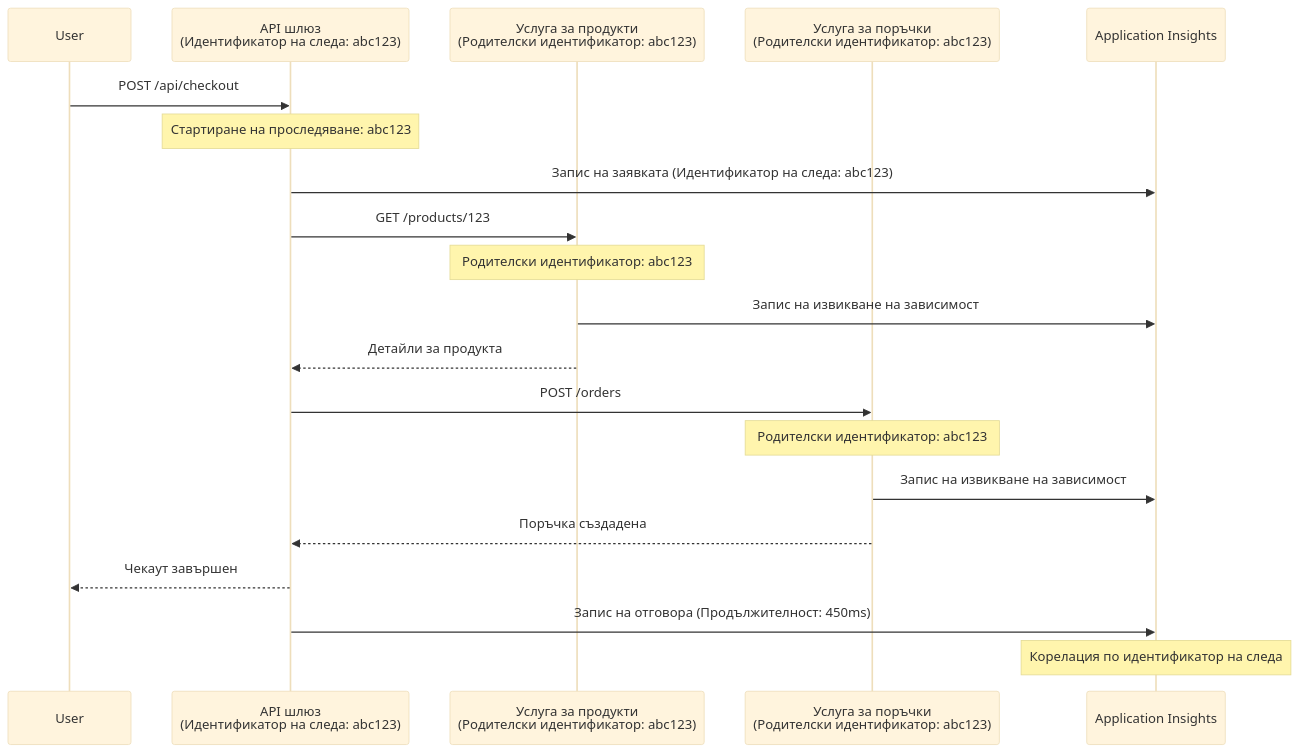
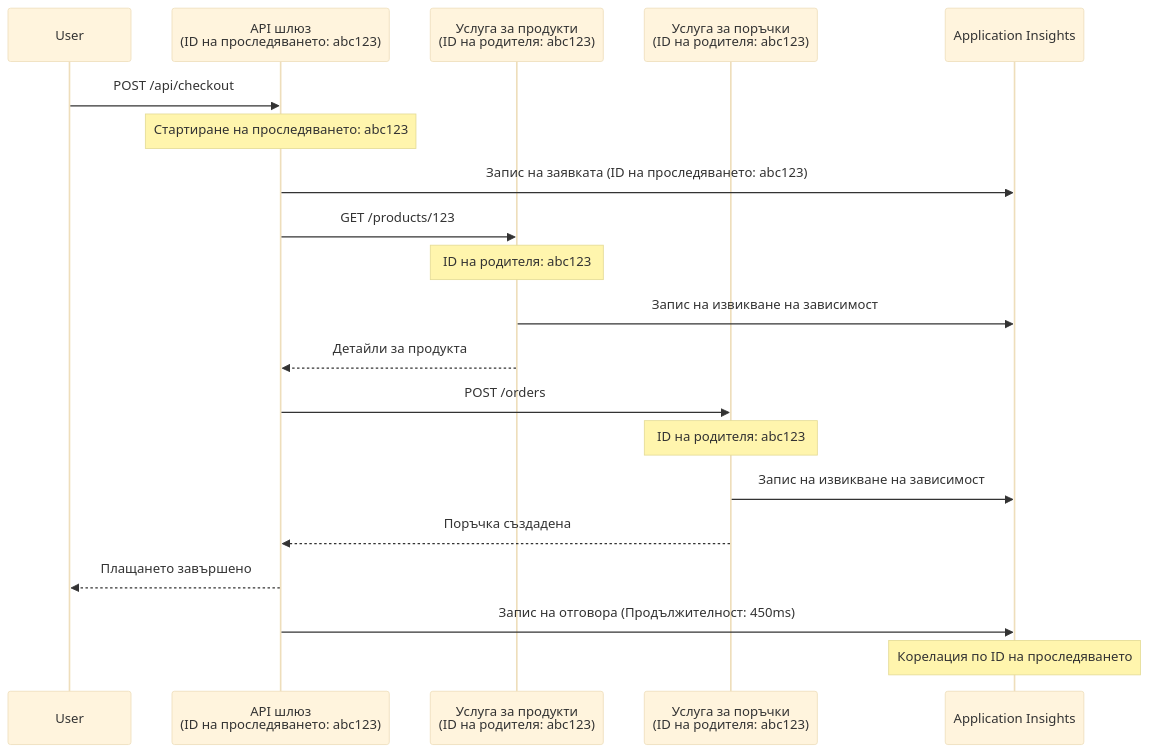
The second of 2 diagrams in translations/bg/docs/chapter-06-pre-deployment/application-insights.md (microsoft/AZD-for-beginners), drawn with Mermaid (base theme) before and after one commit. The commit also changed other lines of this file and 101 other files, not shown here.

````diff
--- a/translations/bg/docs/chapter-06-pre-deployment/application-insights.md
+++ b/translations/bg/docs/chapter-06-pre-deployment/application-insights.md
@@ -744,27 +744,27 @@
 ```mermaid
 sequenceDiagram
     participant User
-    participant Gateway as API шлюз<br/>(Идентификатор на следа: abc123)
-    participant Product as Услуга за продукти<br/>(Родителски идентификатор: abc123)
-    participant Order as Услуга за поръчки<br/>(Родителски идентификатор: abc123)
+    participant Gateway as API шлюз<br/>(ID на проследяването: abc123)
+    participant Product as Услуга за продукти<br/>(ID на родителя: abc123)
+    participant Order as Услуга за поръчки<br/>(ID на родителя: abc123)
     participant AppInsights as Application Insights
     
     User->>Gateway: POST /api/checkout
-    Note over Gateway: Стартиране на проследяване: abc123
-    Gateway->>AppInsights: Запис на заявката (Идентификатор на следа: abc123)
+    Note over Gateway: Стартиране на проследяването: abc123
+    Gateway->>AppInsights: Запис на заявката (ID на проследяването: abc123)
     
     Gateway->>Product: GET /products/123
-    Note over Product: Родителски идентификатор: abc123
+    Note over Product: ID на родителя: abc123
     Product->>AppInsights: Запис на извикване на зависимост
     Product-->>Gateway: Детайли за продукта
     
     Gateway->>Order: POST /orders
-    Note over Order: Родителски идентификатор: abc123
+    Note over Order: ID на родителя: abc123
     Order->>AppInsights: Запис на извикване на зависимост
     Order-->>Gateway: Поръчка създадена
     
-    Gateway-->>User: Чекаут завършен
+    Gateway-->>User: Плащането завършено
     Gateway->>AppInsights: Запис на отговора (Продължителност: 450ms)
     
-    Note over AppInsights: Корелация по идентификатор на следа
+    Note over AppInsights: Корелация по ID на проследяването
 ```
````
